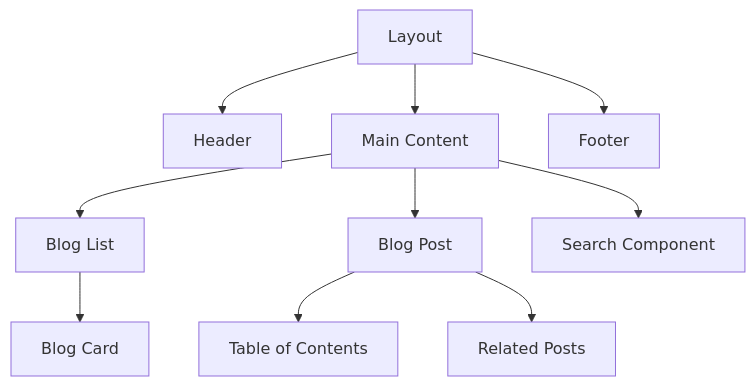
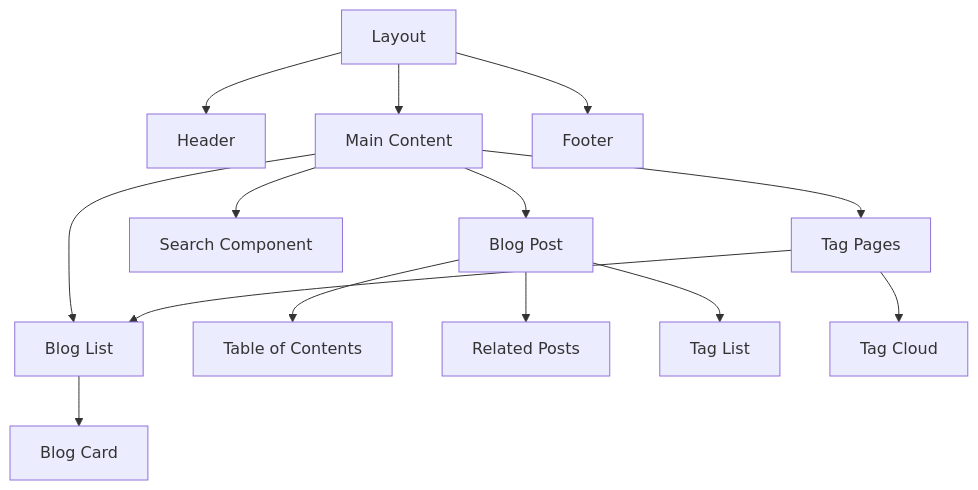
The second of 4 diagrams in .github/memory-bank/systemPatterns.md (ktakahiro150397/matome-blog), drawn with Mermaid before and after one commit. The commit also changed other lines of this file and 9 other files, not shown here.

First line of the commit message:
feat(tags): add tag management features including tag pages and tag cloud component

````diff
--- a/.github/memory-bank/systemPatterns.md
+++ b/.github/memory-bank/systemPatterns.md
@@ -38,14 +41,19 @@
 ```mermaid
 flowchart TD
     Layout[Layout] --> Header[Header]
     Layout --> Main[Main Content]
     Layout --> Footer[Footer]
     
     Main --> BlogList[Blog List]
     Main --> BlogPost[Blog Post]
     Main --> Search[Search Component]
+    Main --> TagPages[Tag Pages]
     
     BlogList --> Card[Blog Card]
     BlogPost --> TOC[Table of Contents]
     BlogPost --> RelatedPosts[Related Posts]
+    BlogPost --> TagList[Tag List]
+    
+    TagPages --> TagCloud[Tag Cloud]
+    TagPages --> BlogList
 ```
````
